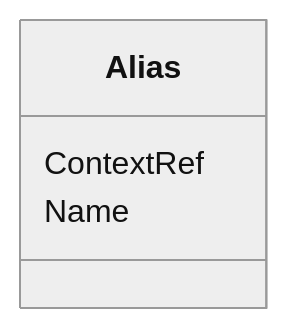
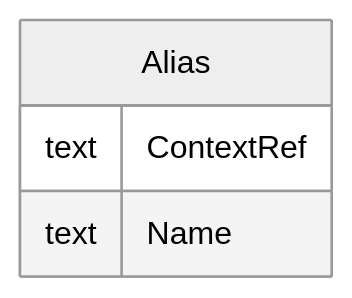
The diagram in docs/Alias.md (cdisc-org/DataExchange-ODM-LinkML), drawn with Mermaid (neutral theme) before and after one commit. The commit also changed other lines of this file and 181 other files, not shown here.

Commit message:
ER diagrams working via templates and removing names with underscores

````diff
--- a/docs/Alias.md
+++ b/docs/Alias.md
@@ -14,9 +11,10 @@
 ```mermaid
- classDiagram
-    class Alias
-      Alias : ContextRef
-        
-      Alias : Name
-        
-      
+erDiagram
+Alias {
+    text ContextRef  
+    text Name  
+}
+
+
+
 ```
````
